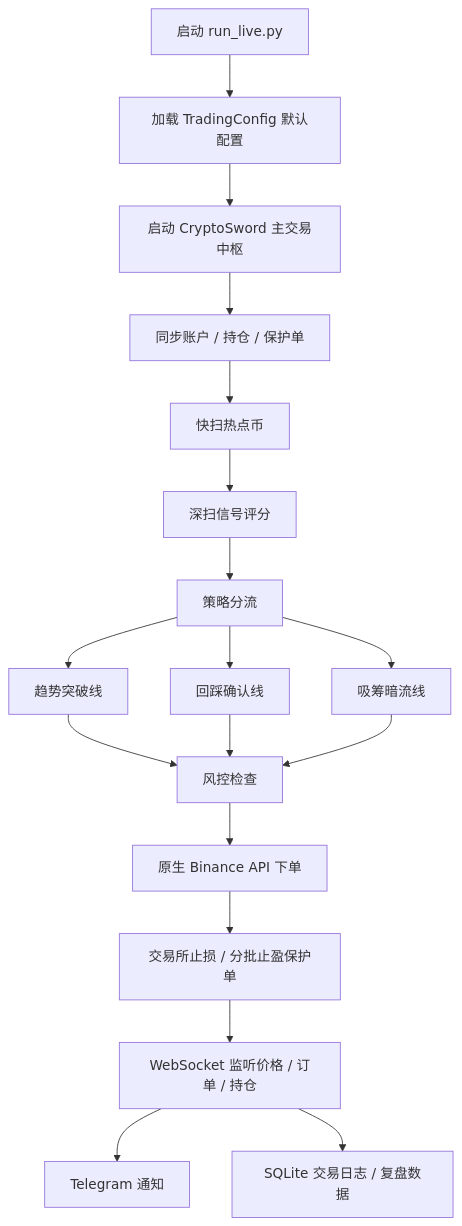
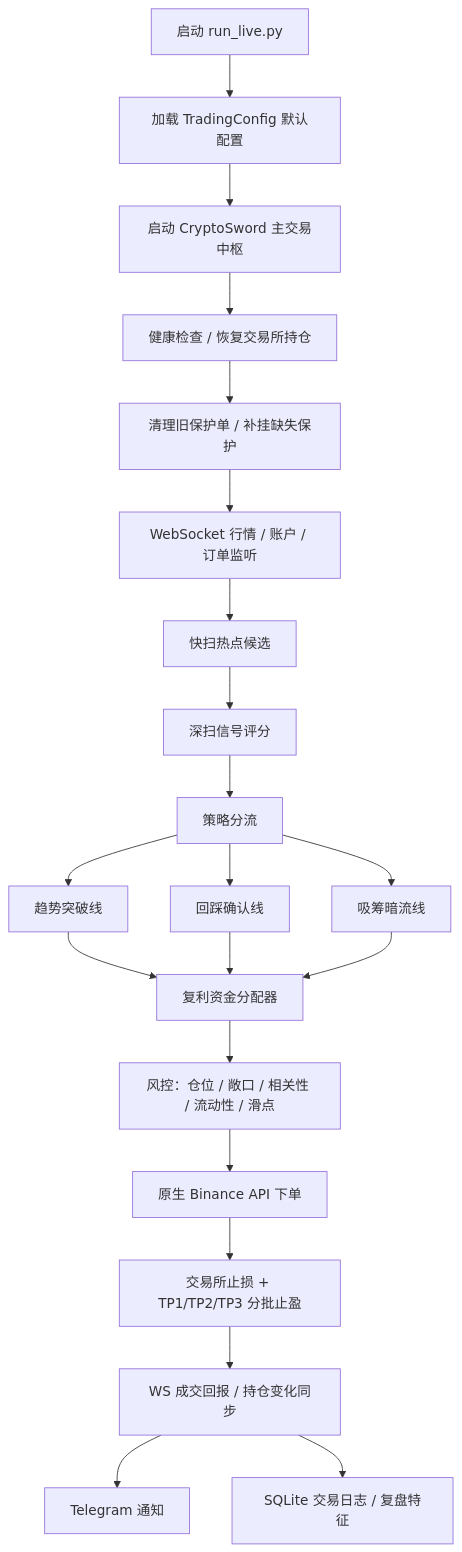
The diagram in README.md (ZeroOneCN/crypto_sword), drawn with Mermaid before and after one commit. The commit also changed other lines of this file, not shown here.

````diff
--- a/README.md
+++ b/README.md
@@ -41,20 +69,23 @@
 ```mermaid
 flowchart TD
     A["启动 run_live.py"] --> B["加载 TradingConfig 默认配置"]
     B --> C["启动 CryptoSword 主交易中枢"]
-    C --> D["同步账户 / 持仓 / 保护单"]
-    D --> E["快扫热点币"]
-    E --> F["深扫信号评分"]
-    F --> G["策略分流"]
-    G --> H["趋势突破线"]
-    G --> I["回踩确认线"]
-    G --> J["吸筹暗流线"]
-    H --> K["风控检查"]
-    I --> K
-    J --> K
-    K --> L["原生 Binance API 下单"]
-    L --> M["交易所止损 / 分批止盈保护单"]
-    M --> N["WebSocket 监听价格 / 订单 / 持仓"]
-    N --> O["Telegram 通知"]
-    N --> P["SQLite 交易日志 / 复盘数据"]
+    C --> D["健康检查 / 恢复交易所持仓"]
+    D --> E["清理旧保护单 / 补挂缺失保护"]
+    E --> F["WebSocket 行情 / 账户 / 订单监听"]
+    F --> G["快扫热点候选"]
+    G --> H["深扫信号评分"]
+    H --> I["策略分流"]
+    I --> J["趋势突破线"]
+    I --> K["回踩确认线"]
+    I --> L["吸筹暗流线"]
+    J --> M["复利资金分配器"]
+    K --> M
+    L --> M
+    M --> N["风控：仓位 / 敞口 / 相关性 / 流动性 / 滑点"]
+    N --> O["原生 Binance API 下单"]
+    O --> P["交易所止损 + TP1/TP2/TP3 分批止盈"]
+    P --> Q["WS 成交回报 / 持仓变化同步"]
+    Q --> R["Telegram 通知"]
+    Q --> S["SQLite 交易日志 / 复盘特征"]
 ```
````
